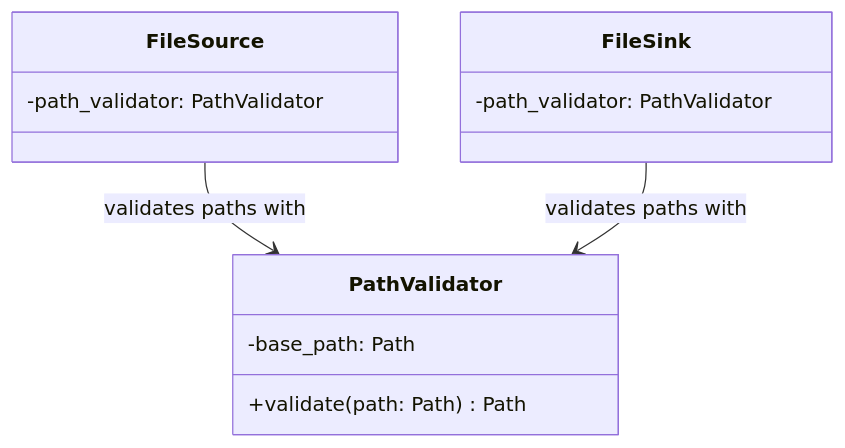
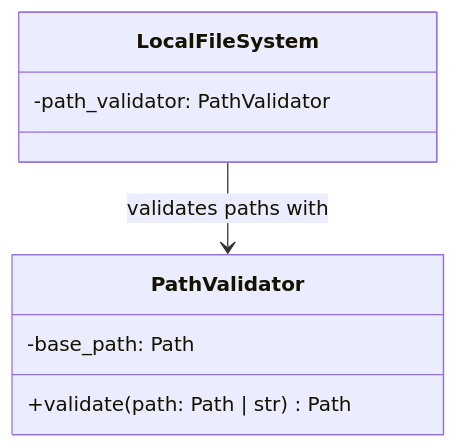
The diagram in docs/class_diagrams/path_validator_class_diagram.md (apaquette/ETLRelay), drawn with Mermaid before and after one commit. The commit also changed other lines of this file and 57 other files, not shown here.

````diff
--- a/docs/class_diagrams/path_validator_class_diagram.md
+++ b/docs/class_diagrams/path_validator_class_diagram.md
@@ -11,18 +15,13 @@
 ```mermaid
 classDiagram
     class PathValidator {
         -base_path: Path
-        +validate(path: Path) Path
+        +validate(path: Path | str) Path
     }
 
-    class FileSource {
+    class LocalFileSystem {
         -path_validator: PathValidator
     }
 
-    class FileSink {
-        -path_validator: PathValidator
-    }
-
-    FileSource --> PathValidator : validates paths with
-    FileSink --> PathValidator : validates paths with
+    LocalFileSystem --> PathValidator : validates paths with
 ```
````
